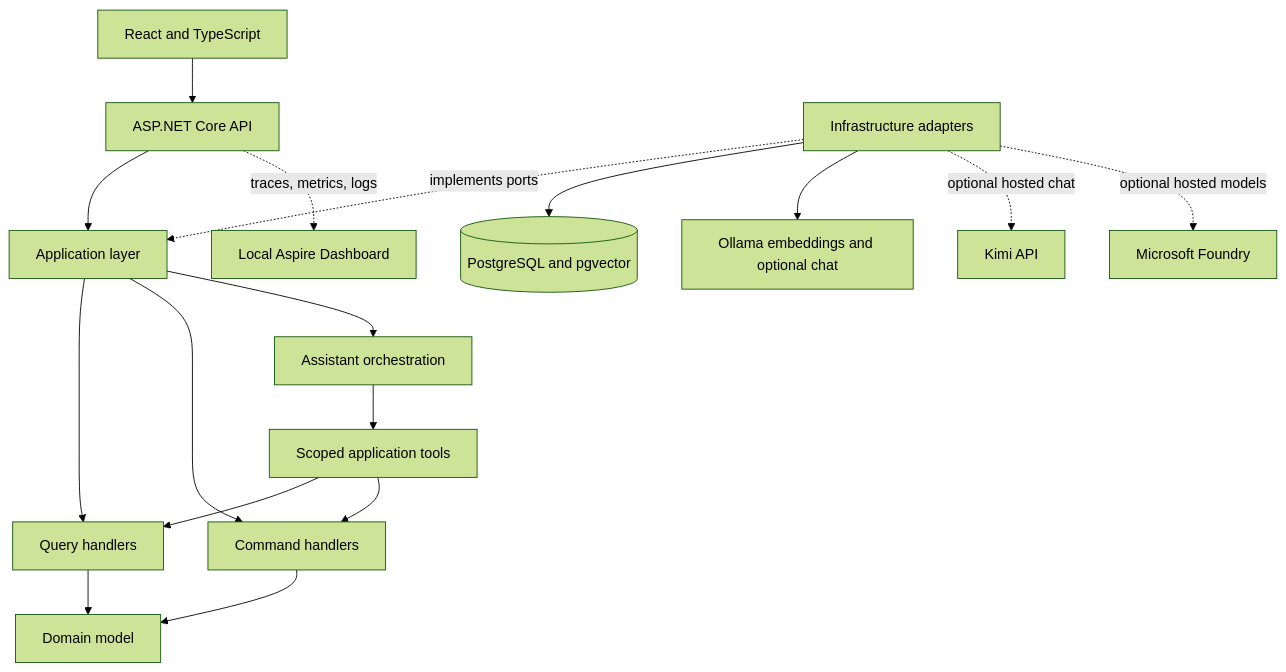
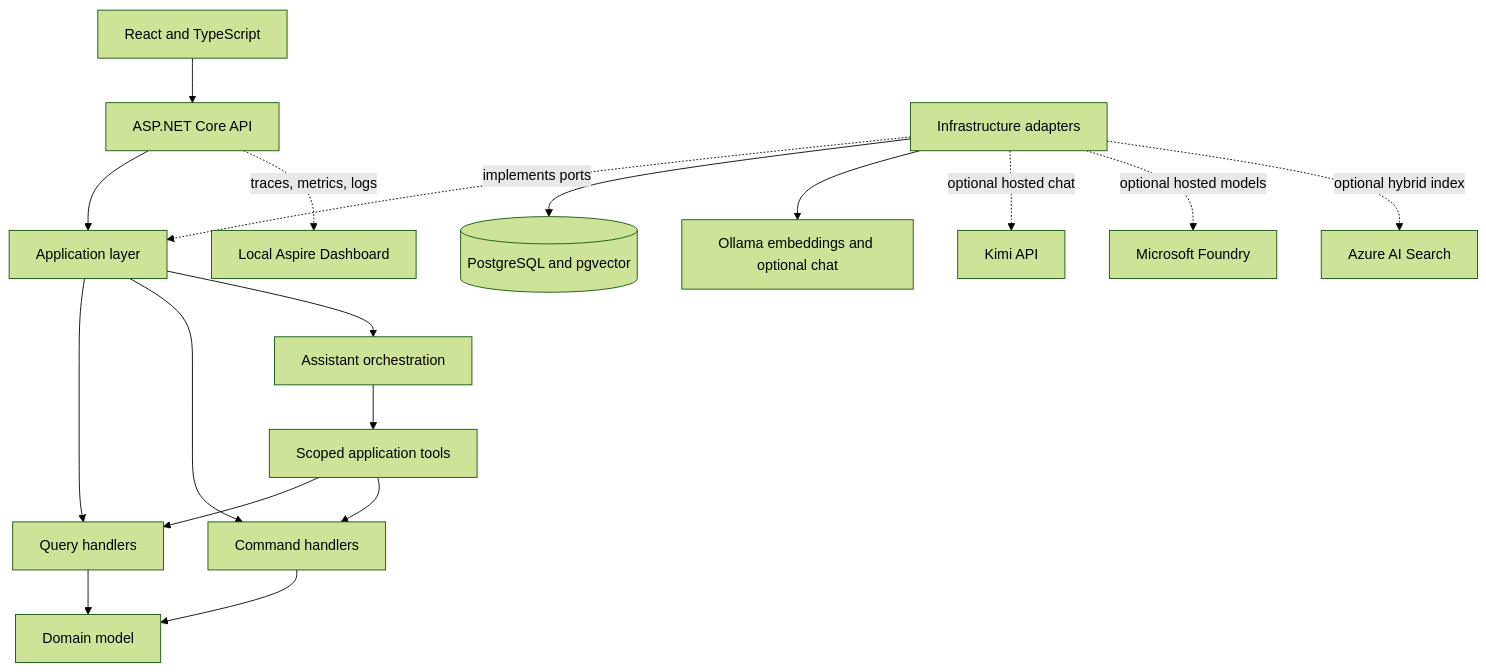
The diagram in docs/architecture/overview.md (andreluizleite/ContractIQ), drawn with Mermaid (forest theme) before and after one commit. The commit also changed other lines of this file and 23 other files, not shown here.

Commit message:
feat(rag): add Azure AI Search hybrid adapter (#56)

````diff
--- a/docs/architecture/overview.md
+++ b/docs/architecture/overview.md
@@ -7,19 +7,20 @@
 ```mermaid
 flowchart TB
     Web[React and TypeScript] --> Api[ASP.NET Core API]
     Api --> Application[Application layer]
     Application --> Queries[Query handlers]
     Application --> Commands[Command handlers]
     Application --> Assistant[Assistant orchestration]
     Assistant --> Tools[Scoped application tools]
     Tools --> Queries
     Tools --> Commands
     Queries --> Domain[Domain model]
     Commands --> Domain
     Infrastructure[Infrastructure adapters] -. implements ports .-> Application
     Infrastructure --> PostgreSQL[(PostgreSQL and pgvector)]
     Infrastructure --> Ollama[Ollama embeddings and optional chat]
     Infrastructure -. optional hosted chat .-> Kimi[Kimi API]
     Infrastructure -. optional hosted models .-> Foundry[Microsoft Foundry]
+    Infrastructure -. optional hybrid index .-> Search[Azure AI Search]
     Api -. traces, metrics, logs .-> Dashboard[Local Aspire Dashboard]
 ```
````
